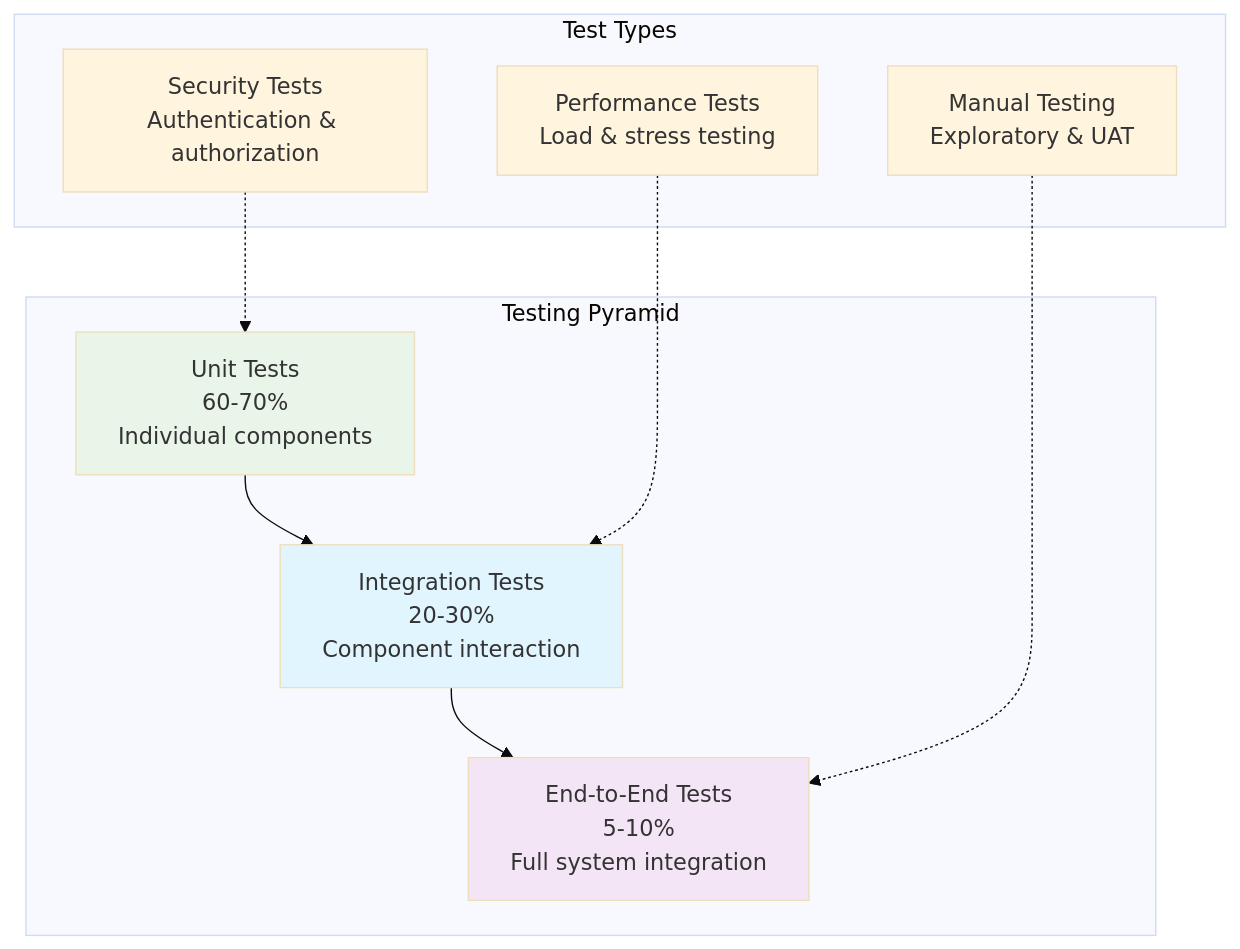
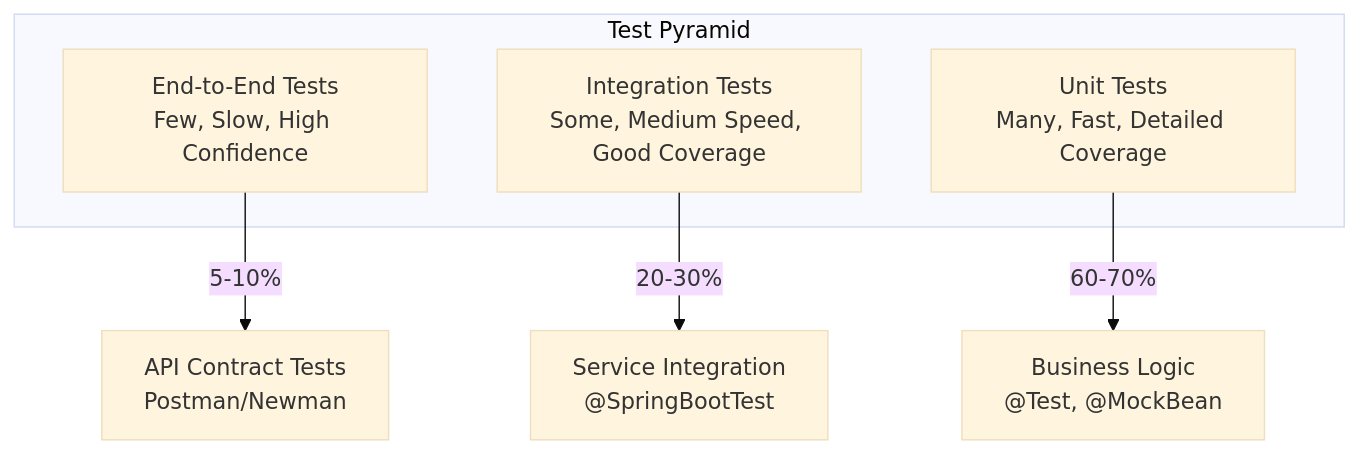
The diagram in docs/development/testing/overview.md (flamingo-stack/openframe-oss-lib), drawn with Mermaid (base theme) before and after one commit. The commit also changed other lines of this file and 130 other files, not shown here.

````diff
--- a/docs/development/testing/overview.md
+++ b/docs/development/testing/overview.md
@@ -16,25 +9,12 @@
 ```mermaid
-graph TD
-    subgraph "Testing Pyramid"
-        E2E["End-to-End Tests<br/>5-10%<br/>Full system integration"]
-        Integration["Integration Tests<br/>20-30%<br/>Component interaction"]
-        Unit["Unit Tests<br/>60-70%<br/>Individual components"]
+graph TB
+    subgraph "Test Pyramid"
+        E2E[End-to-End Tests<br/>Few, Slow, High Confidence]
+        INTEGRATION[Integration Tests<br/>Some, Medium Speed, Good Coverage]
+        UNIT[Unit Tests<br/>Many, Fast, Detailed Coverage]
     end
     
-    subgraph "Test Types"
-        Manual["Manual Testing<br/>Exploratory & UAT"]
-        Perf["Performance Tests<br/>Load & stress testing"]
-        Security["Security Tests<br/>Authentication & authorization"]
-    end
-    
-    Unit --> Integration
-    Integration --> E2E
-    
-    Manual -.-> E2E
-    Perf -.-> Integration
-    Security -.-> Unit
-    
-    style Unit fill:#e8f5e8
-    style Integration fill:#e1f5fe
-    style E2E fill:#f3e5f5
+    E2E --> |5-10%| API_TESTS[API Contract Tests<br/>Postman/Newman]
+    INTEGRATION --> |20-30%| SERVICE_TESTS[Service Integration<br/>@SpringBootTest]
+    UNIT --> |60-70%| LOGIC_TESTS[Business Logic<br/>@Test, @MockBean]
 ```
````
